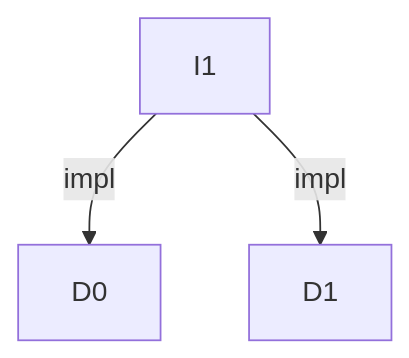
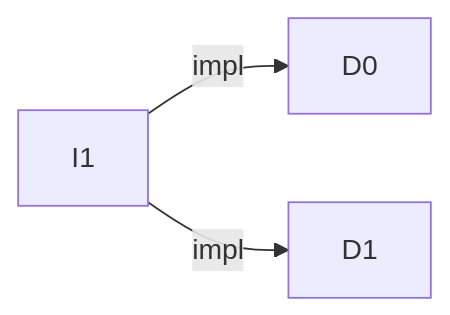
The ninth of 12 diagrams in text/0000-extern-impl.md (rust-lang/rfcs), drawn with Mermaid before and after one commit. The commit also changed other lines of this file, not shown here.

````diff
--- a/text/0000-extern-impl.md
+++ b/text/0000-extern-impl.md
@@ -226,4 +226,4 @@
 ```mermaid
-graph TB
+graph LR
  I1 -->|impl| D0 & D1
 ```
````
